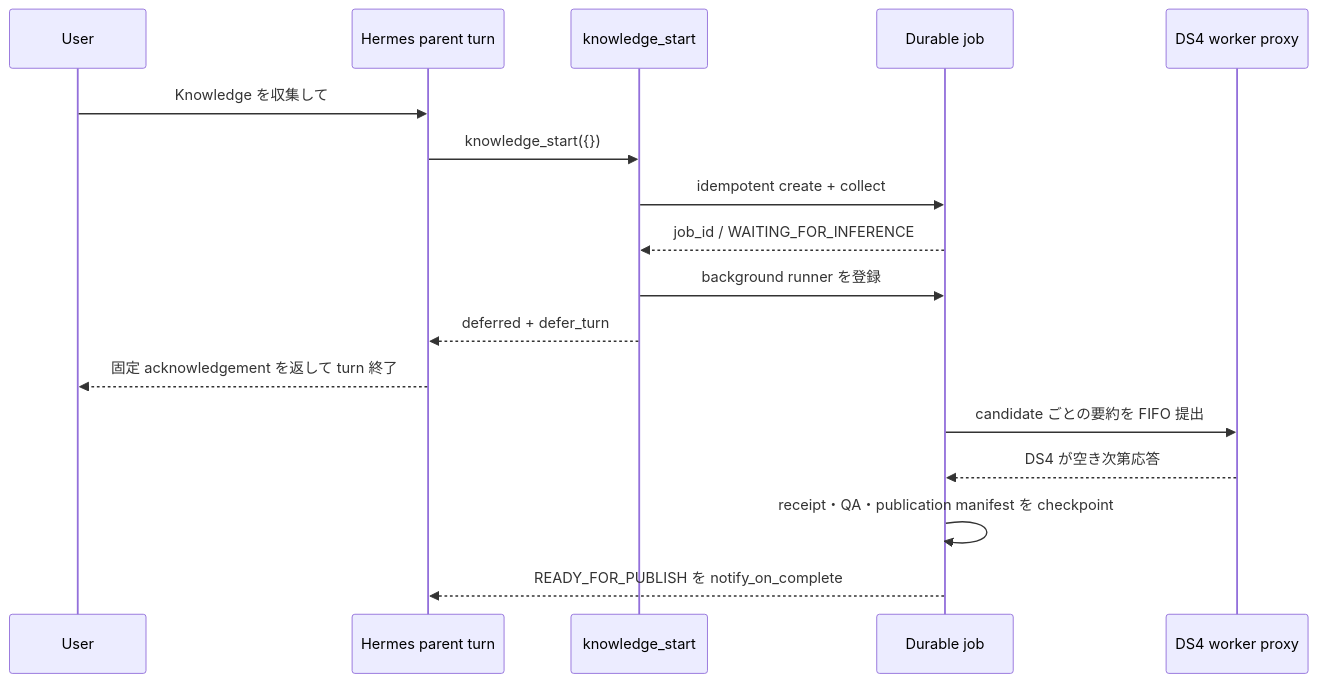
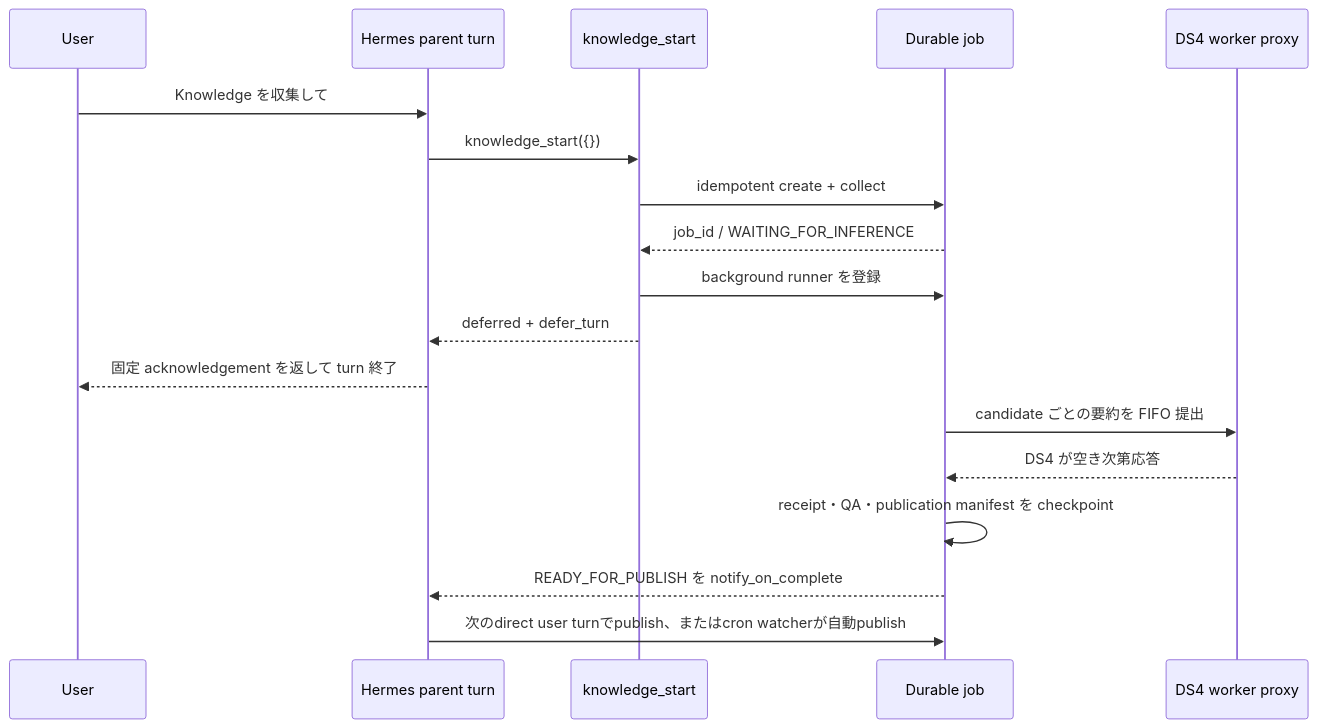
One commit to branch10480/knowledge changed the second of 2 diagrams in docs/durable-job-orchestration.md. Above: the diagram before and after it, drawn with Mermaid. The commit also changed other lines of this file and 16 other files, not shown here.

````diff
--- a/docs/durable-job-orchestration.md
+++ b/docs/durable-job-orchestration.md
@@ -42,20 +42,21 @@
 ```mermaid
 sequenceDiagram
     participant U as User
     participant H as Hermes parent turn
     participant T as knowledge_start
     participant J as Durable job
     participant P as DS4 worker proxy
 
     U->>H: Knowledge を収集して
     H->>T: knowledge_start({})
     T->>J: idempotent create + collect
     J-->>T: job_id / WAITING_FOR_INFERENCE
     T->>J: background runner を登録
     T-->>H: deferred + defer_turn
     H-->>U: 固定 acknowledgement を返して turn 終了
     J->>P: candidate ごとの要約を FIFO 提出
     P-->>J: DS4 が空き次第応答
     J->>J: receipt・QA・publication manifest を checkpoint
     J-->>H: READY_FOR_PUBLISH を notify_on_complete
+    H->>J: 次のdirect user turnでpublish、またはcron watcherが自動publish
 ```
````
